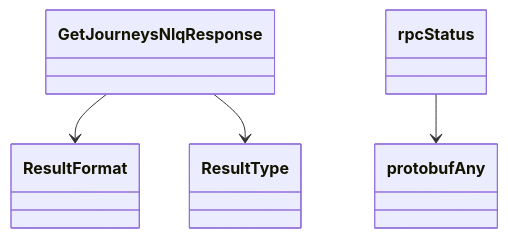
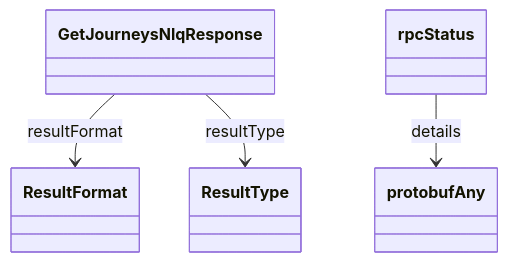
One commit to alexdearaujo/community_sdk_python changed the fourth of 4 diagrams in docs/sphinx/services/journeys.md. Above: the diagram before and after it, drawn with Mermaid. The commit also changed other lines of this file and 129 other files, not shown here.

````diff
--- a/docs/sphinx/services/journeys.md
+++ b/docs/sphinx/services/journeys.md
@@ -109,11 +130,11 @@
 ```mermaid
 classDiagram
     class GetJourneysNlqResponse
     class ResultFormat
     class ResultType
     class protobufAny
     class rpcStatus
-    GetJourneysNlqResponse --> ResultFormat
-    GetJourneysNlqResponse --> ResultType
-    rpcStatus --> protobufAny
+    GetJourneysNlqResponse --> ResultFormat : resultFormat
+    GetJourneysNlqResponse --> ResultType : resultType
+    rpcStatus --> protobufAny : details
 ```
````
